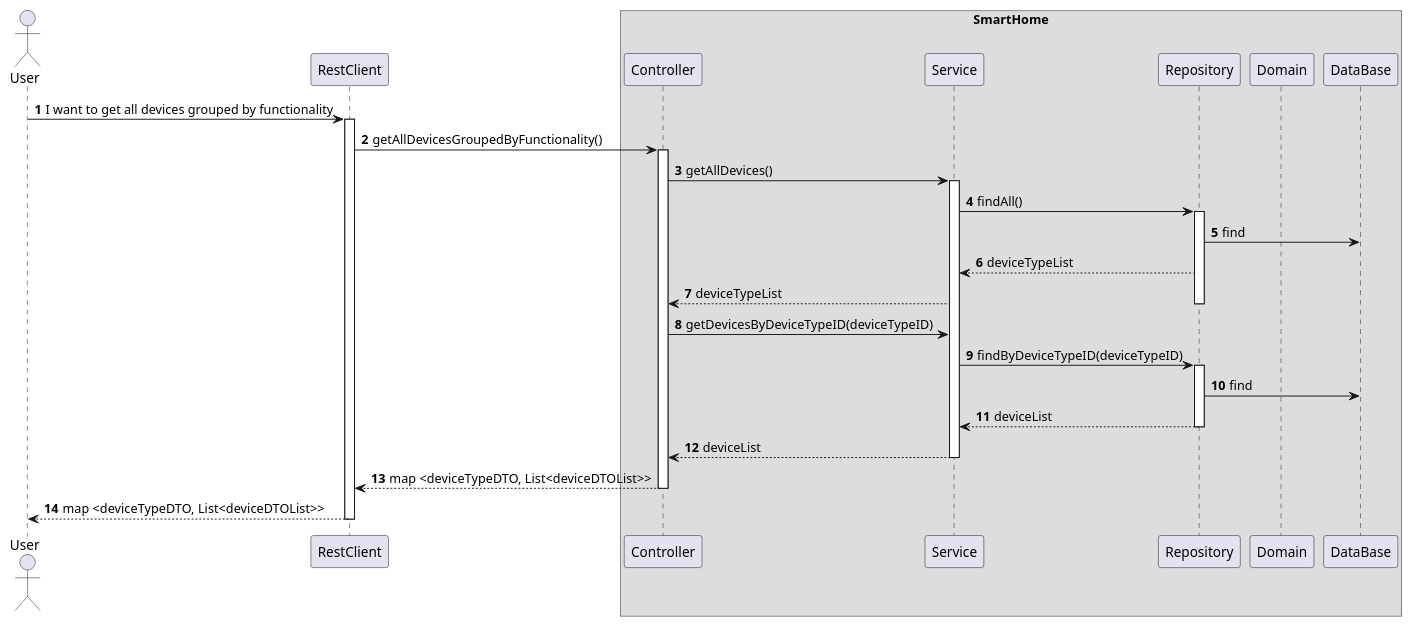
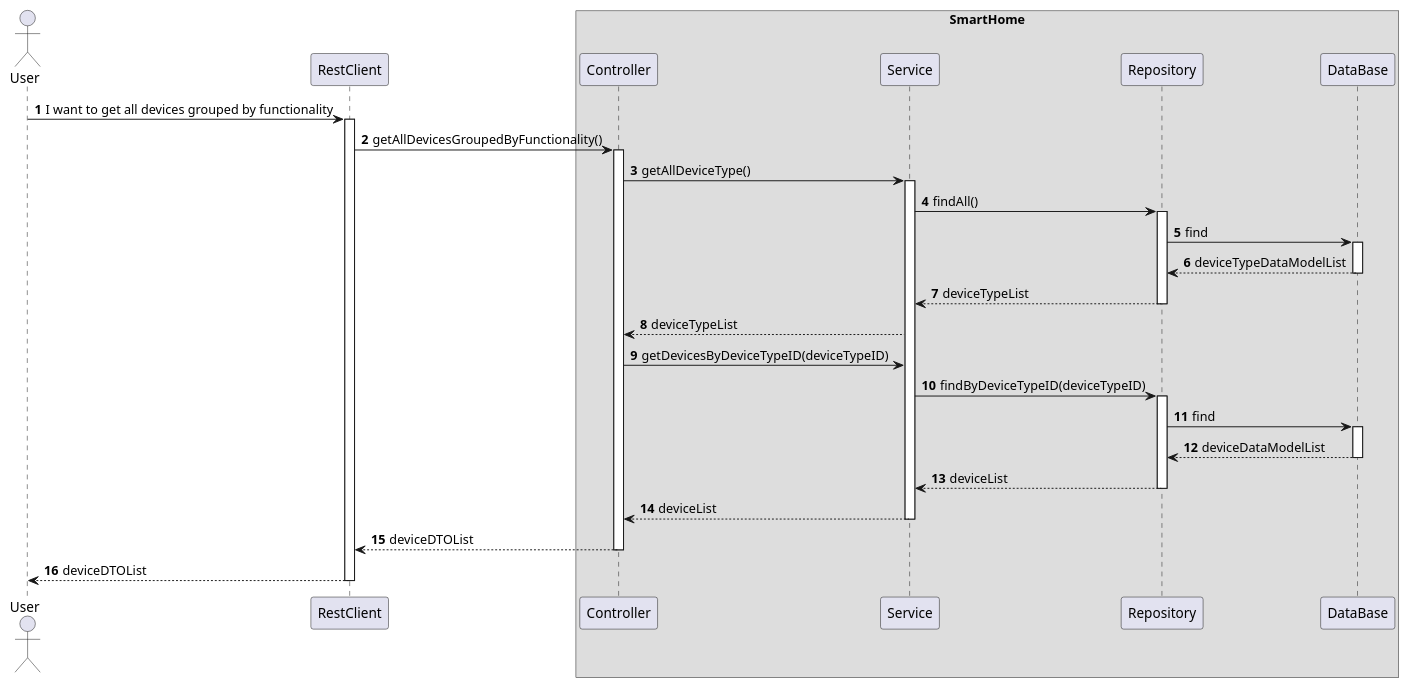
Before and after one commit to olivDiogo/SmartHome: the diagram in docs/ooa/C4_4plus1_models/Level4/ProcessView/ProcessViewLevel4_UC09.puml, drawn with PlantUML.

Commit message:
fix UC09 ProcessViewLevel4 #468

```diff
--- a/docs/ooa/C4_4plus1_models/Level4/ProcessView/ProcessViewLevel4_UC09.puml
+++ b/docs/ooa/C4_4plus1_models/Level4/ProcessView/ProcessViewLevel4_UC09.puml
@@ -1,62 +1,69 @@
 @startuml
 'https://plantuml.com/sequence-diagram
 !pragma layout smetana
 
 autonumber
 
 actor "User" as User
 participant "RestClient" as RC
 
 box "SmartHome"
     participant "Controller" as CTRL
     participant "Service" as SV
     participant "Repository" as REPO
-    participant "Domain" as DOM
     participant "DataBase" as BD
 end box
 
 
 User -> RC : I want to get all devices grouped by functionality
 activate RC
 
 
 RC -> CTRL: getAllDevicesGroupedByFunctionality()
 activate CTRL
 
 
-CTRL -> SV: getAllDevices()
+CTRL -> SV: getAllDeviceType()
 activate SV
 
 SV -> REPO : findAll()
 activate REPO
 
 REPO -> BD : find
+activate BD
+
+BD --> REPO : deviceTypeDataModelList
+deactivate BD
 
 REPO --> SV : deviceTypeList
-deactivate BD
+deactivate REPO
 
 SV --> CTRL : deviceTypeList
 
 deactivate REPO
 
 CTRL -> SV : getDevicesByDeviceTypeID(deviceTypeID)
 
 SV -> REPO : findByDeviceTypeID(deviceTypeID)
 activate REPO
 
 REPO -> BD : find
+activate BD
+
+BD --> REPO : deviceDataModelList
+deactivate BD
 
 REPO --> SV : deviceList
 deactivate REPO
 
 SV --> CTRL : deviceList
 deactivate SV
 
-CTRL --> RC : map <deviceTypeDTO, List<deviceDTOList>>
+CTRL --> RC : deviceDTOList
 deactivate CTRL
 
-RC --> User : map <deviceTypeDTO, List<deviceDTOList>>
+RC --> User : deviceDTOList
 deactivate RC
 
 
 @enduml
```
